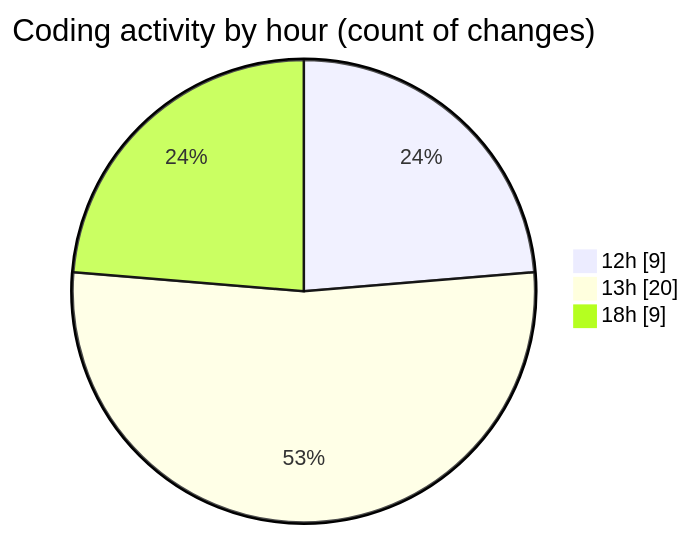
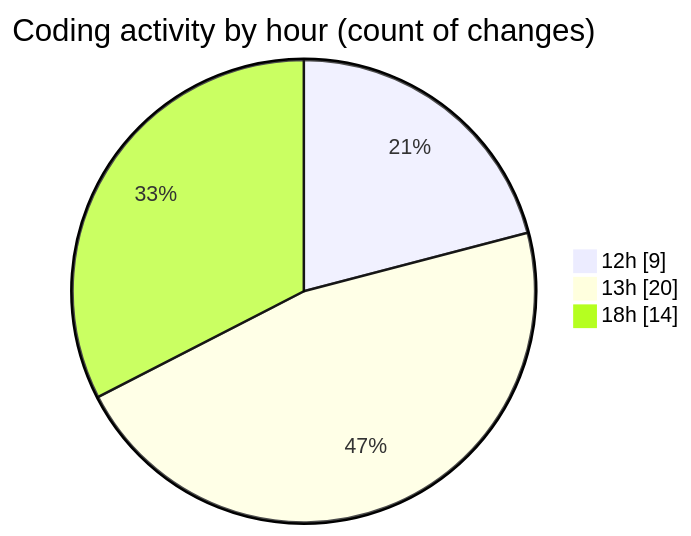
One commit to hasnaa123/code-tracking changed the second of 2 diagrams in 2026-10-25/taskforge/README.md. Above: the diagram before and after it, drawn with Mermaid. The commit also changed other lines of this file and 1 other file, not shown here.

````diff
--- a/2026-10-25/taskforge/README.md
+++ b/2026-10-25/taskforge/README.md
@@ -29,7 +29,7 @@
 ```mermaid
 pie showData
 title Coding activity by hour (count of changes)
 "12h" : 9
 "13h" : 20
-"18h" : 9
+"18h" : 14
 ```
````
